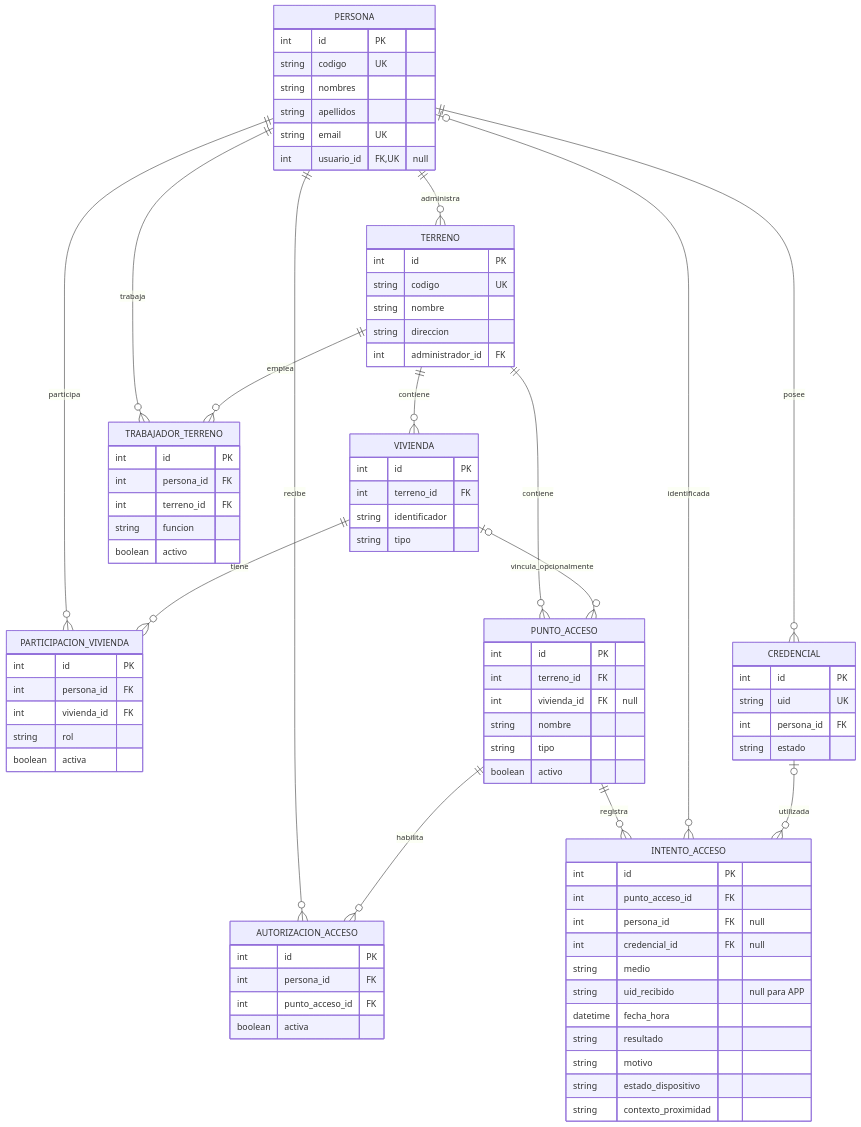
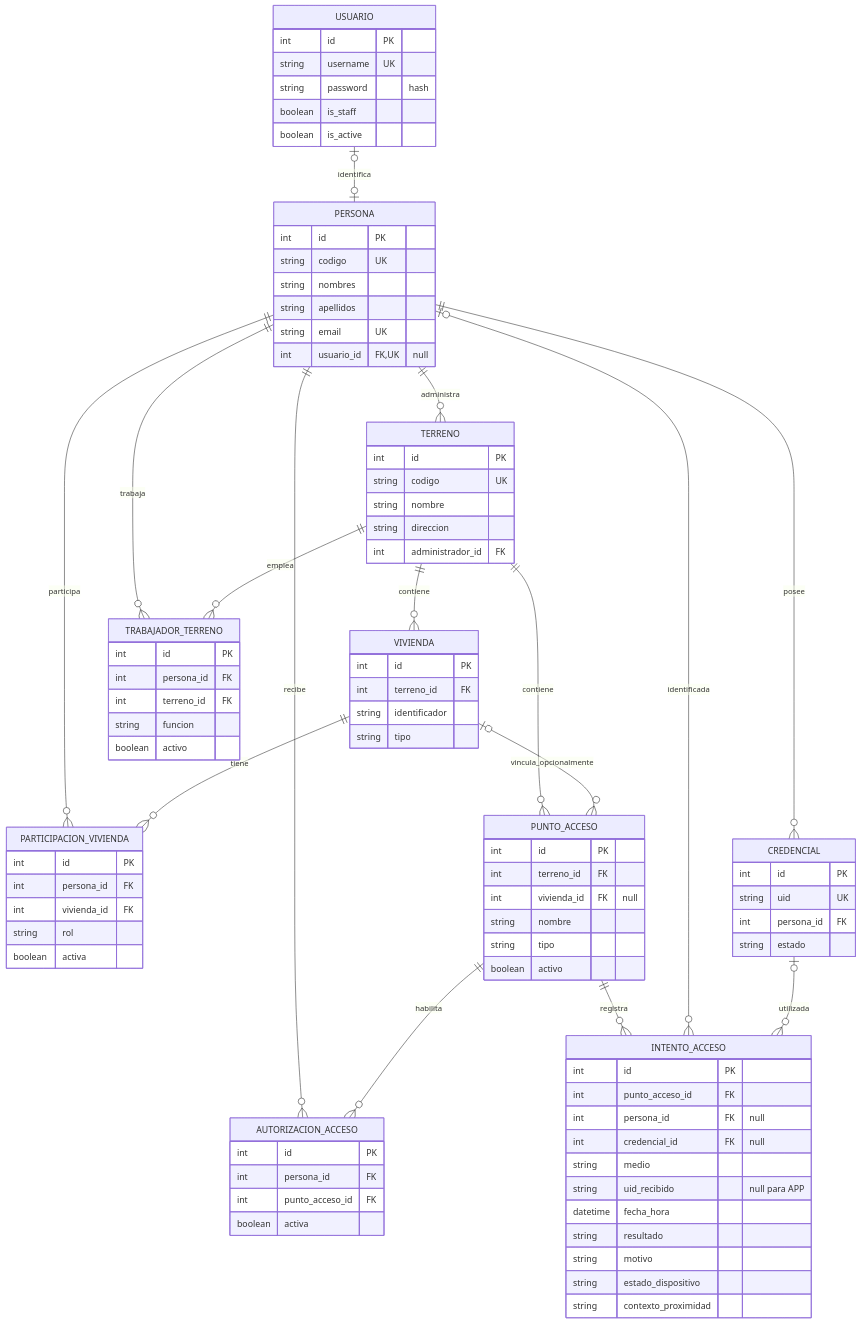
One commit to amaruprog14/smartconnect changed the second of 2 diagrams in README.md. Above: the diagram before and after it, drawn with Mermaid. The commit also changed other lines of this file, not shown here.

````diff
--- a/README.md
+++ b/README.md
@@ -259,5 +280,6 @@
 ```mermaid
 erDiagram
+    USUARIO |o--o| PERSONA : identifica
     PERSONA ||--o{ TERRENO : administra
     TERRENO ||--o{ VIVIENDA : contiene
     PERSONA ||--o{ PARTICIPACION_VIVIENDA : participa
@@ -273,6 +295,13 @@
     PERSONA |o--o{ INTENTO_ACCESO : identificada
     CREDENCIAL |o--o{ INTENTO_ACCESO : utilizada
 
+    USUARIO {
+        int id PK
+        string username UK
+        string password "hash"
+        boolean is_staff
+        boolean is_active
+    }
     PERSONA {
         int id PK
         string codigo UK
````
